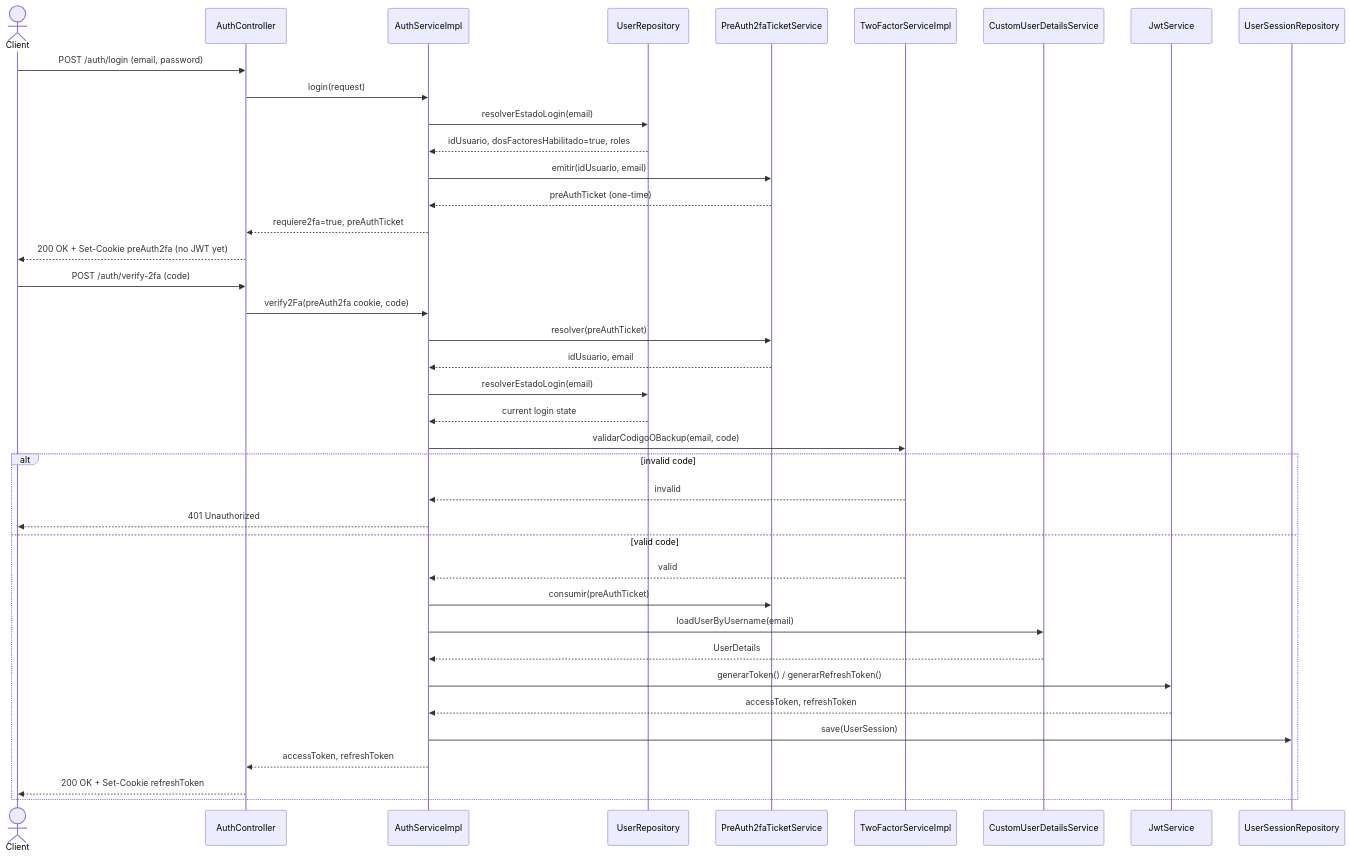
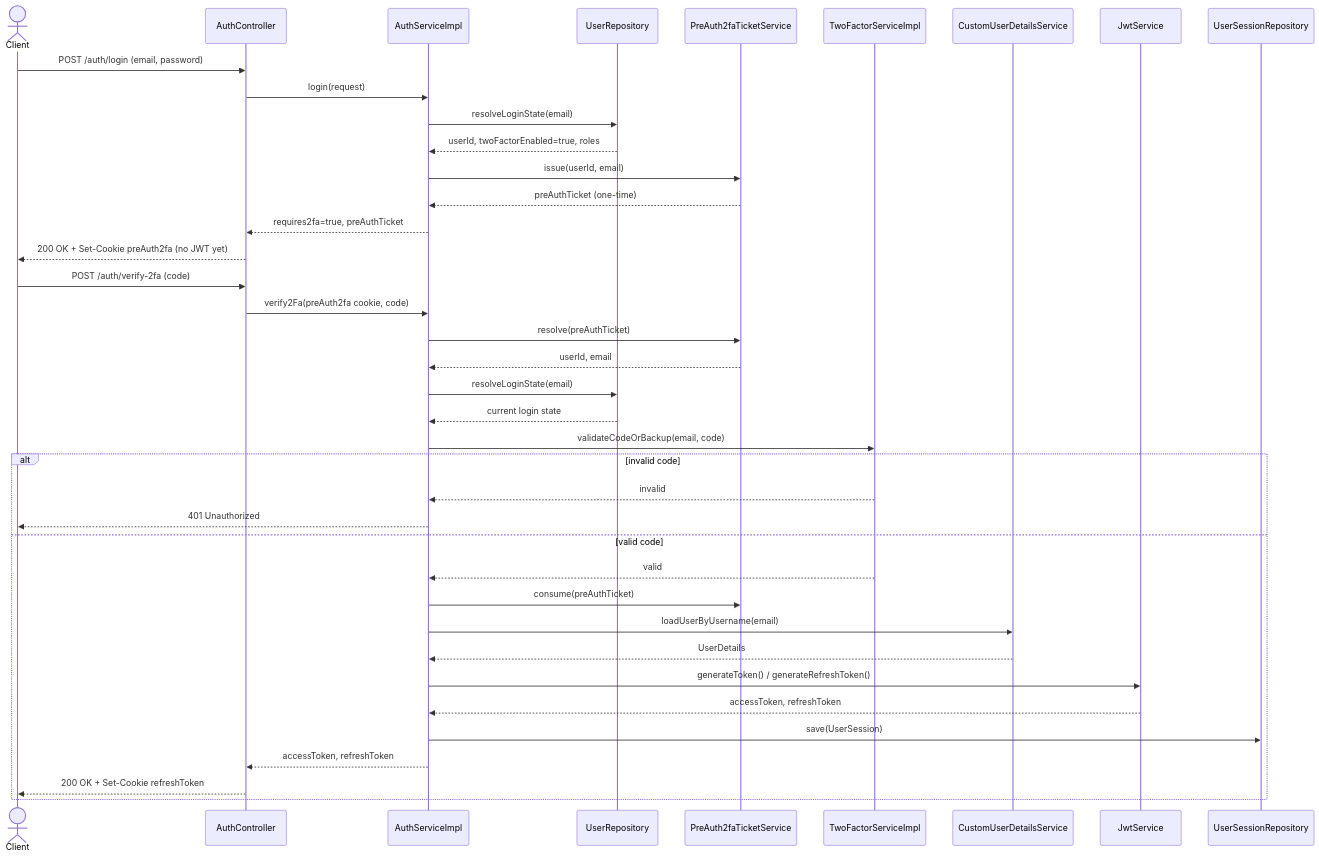
Before and after one commit to JohanCarvajal04/Proyecto-WEB-ARTISYNC: the third of 4 diagrams in docs/diagramas/Secuencia_Login_JWT.md, drawn with Mermaid. The commit also changed other lines of this file and 7 other files, not shown here.

First line of the commit message:
docs(diagramas): traducir a ingles ER, secuencia login, C4 y clases (E3)

````diff
--- a/docs/diagramas/Secuencia_Login_JWT.md
+++ b/docs/diagramas/Secuencia_Login_JWT.md
@@ -155,43 +155,43 @@
 ```mermaid
 sequenceDiagram
     actor Client
     participant AuthCtrl as AuthController
     participant AuthSvc as AuthServiceImpl
     participant UserRepo as UserRepository
     participant Ticket as PreAuth2faTicketService
     participant TwoFa as TwoFactorServiceImpl
     participant UDS as CustomUserDetailsService
     participant JwtSvc as JwtService
     participant SessionRepo as UserSessionRepository
 
     Client->>AuthCtrl: POST /auth/login (email, password)
     AuthCtrl->>AuthSvc: login(request)
-    AuthSvc->>UserRepo: resolverEstadoLogin(email)
-    UserRepo-->>AuthSvc: idUsuario, dosFactoresHabilitado=true, roles
-    AuthSvc->>Ticket: emitir(idUsuario, email)
+    AuthSvc->>UserRepo: resolveLoginState(email)
+    UserRepo-->>AuthSvc: userId, twoFactorEnabled=true, roles
+    AuthSvc->>Ticket: issue(userId, email)
     Ticket-->>AuthSvc: preAuthTicket (one-time)
-    AuthSvc-->>AuthCtrl: requiere2fa=true, preAuthTicket
+    AuthSvc-->>AuthCtrl: requires2fa=true, preAuthTicket
     AuthCtrl-->>Client: 200 OK + Set-Cookie preAuth2fa (no JWT yet)
 
     Client->>AuthCtrl: POST /auth/verify-2fa (code)
     AuthCtrl->>AuthSvc: verify2Fa(preAuth2fa cookie, code)
-    AuthSvc->>Ticket: resolver(preAuthTicket)
-    Ticket-->>AuthSvc: idUsuario, email
-    AuthSvc->>UserRepo: resolverEstadoLogin(email)
+    AuthSvc->>Ticket: resolve(preAuthTicket)
+    Ticket-->>AuthSvc: userId, email
+    AuthSvc->>UserRepo: resolveLoginState(email)
     UserRepo-->>AuthSvc: current login state
-    AuthSvc->>TwoFa: validarCodigoOBackup(email, code)
+    AuthSvc->>TwoFa: validateCodeOrBackup(email, code)
     alt invalid code
         TwoFa-->>AuthSvc: invalid
         AuthSvc-->>Client: 401 Unauthorized
     else valid code
         TwoFa-->>AuthSvc: valid
-        AuthSvc->>Ticket: consumir(preAuthTicket)
+        AuthSvc->>Ticket: consume(preAuthTicket)
         AuthSvc->>UDS: loadUserByUsername(email)
         UDS-->>AuthSvc: UserDetails
-        AuthSvc->>JwtSvc: generarToken() / generarRefreshToken()
+        AuthSvc->>JwtSvc: generateToken() / generateRefreshToken()
         JwtSvc-->>AuthSvc: accessToken, refreshToken
         AuthSvc->>SessionRepo: save(UserSession)
         AuthSvc-->>AuthCtrl: accessToken, refreshToken
         AuthCtrl-->>Client: 200 OK + Set-Cookie refreshToken
     end
 ```
````
